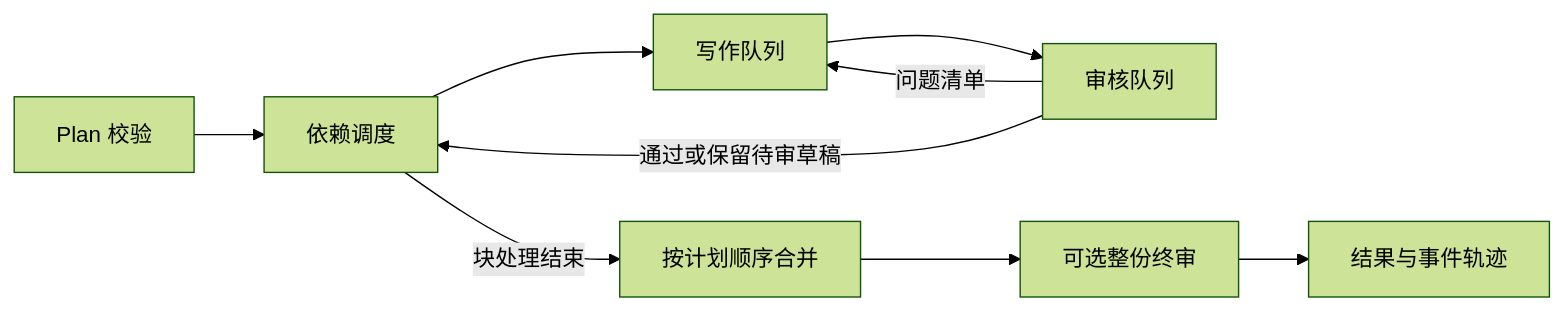
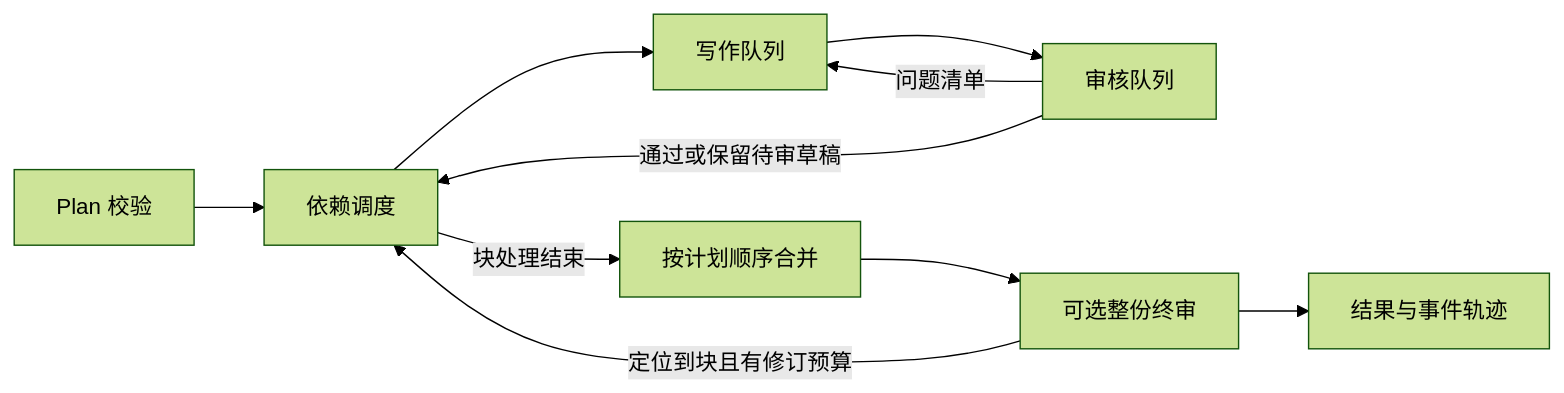
The diagram in docs/architecture.md (NightfirePlus/ChunkLoop), drawn with Mermaid (forest theme) before and after one commit. The commit also changed other lines of this file and 37 other files, not shown here.

````diff
--- a/docs/architecture.md
+++ b/docs/architecture.md
@@ -5,11 +7,12 @@
 ```mermaid
 flowchart LR
   P[Plan 校验] --> D[依赖调度]
   D --> W[写作队列]
   W --> R[审核队列]
   R -->|问题清单| W
   R -->|通过或保留待审草稿| D
   D -->|块处理结束| A[按计划顺序合并]
   A --> F[可选整份终审]
+  F -->|定位到块且有修订预算| D
   F --> O[结果与事件轨迹]
 ```
````
